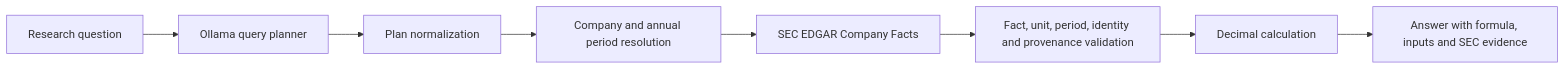
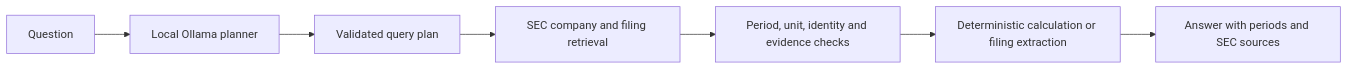
The diagram in README.md (Chandanrohit/FinSpect), drawn with Mermaid before and after one commit. The commit also changed other lines of this file and 1 other file, not shown here.

````diff
--- a/README.md
+++ b/README.md
@@ -15,10 +9,9 @@
 ```mermaid
 flowchart LR
-    U[Research question] --> P[Ollama query planner]
-    P --> N[Plan normalization]
-    N --> C[Company and annual period resolution]
-    C --> S[SEC EDGAR Company Facts]
-    S --> V[Fact, unit, period, identity and provenance validation]
-    V --> D[Decimal calculation]
-    D --> A[Answer with formula, inputs and SEC evidence]
+    Q[Question] --> P[Local Ollama planner]
+    P --> N[Validated query plan]
+    N --> R[SEC company and filing retrieval]
+    R --> V[Period, unit, identity and evidence checks]
+    V --> C[Deterministic calculation or filing extraction]
+    C --> A[Answer with periods and SEC sources]
 ```
````
